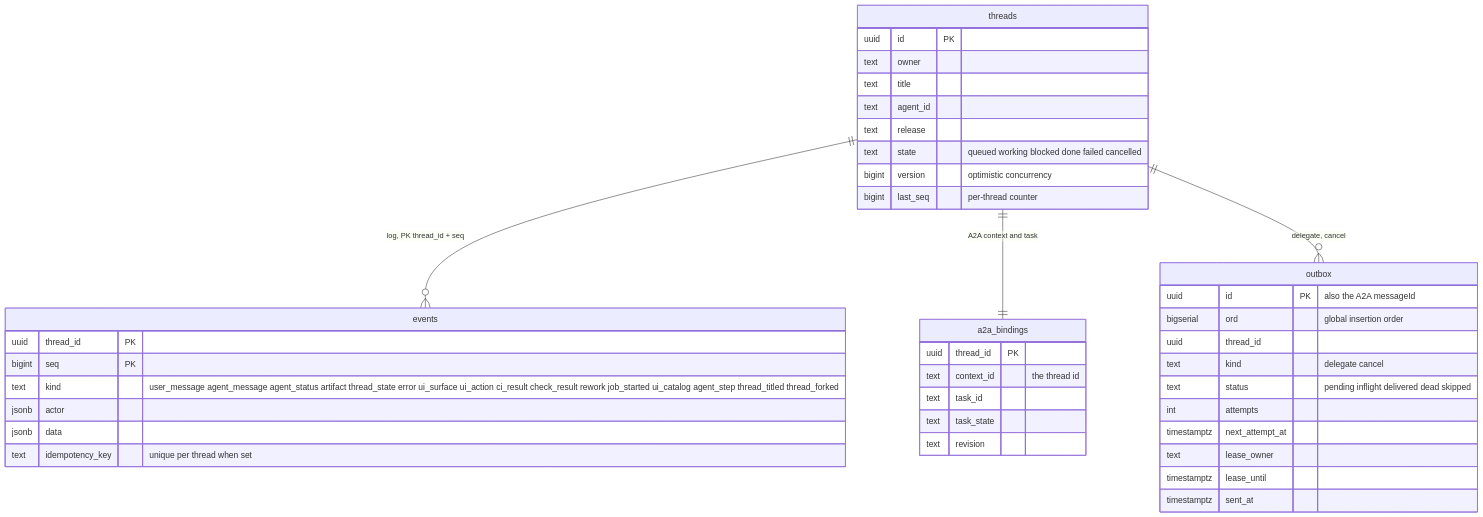
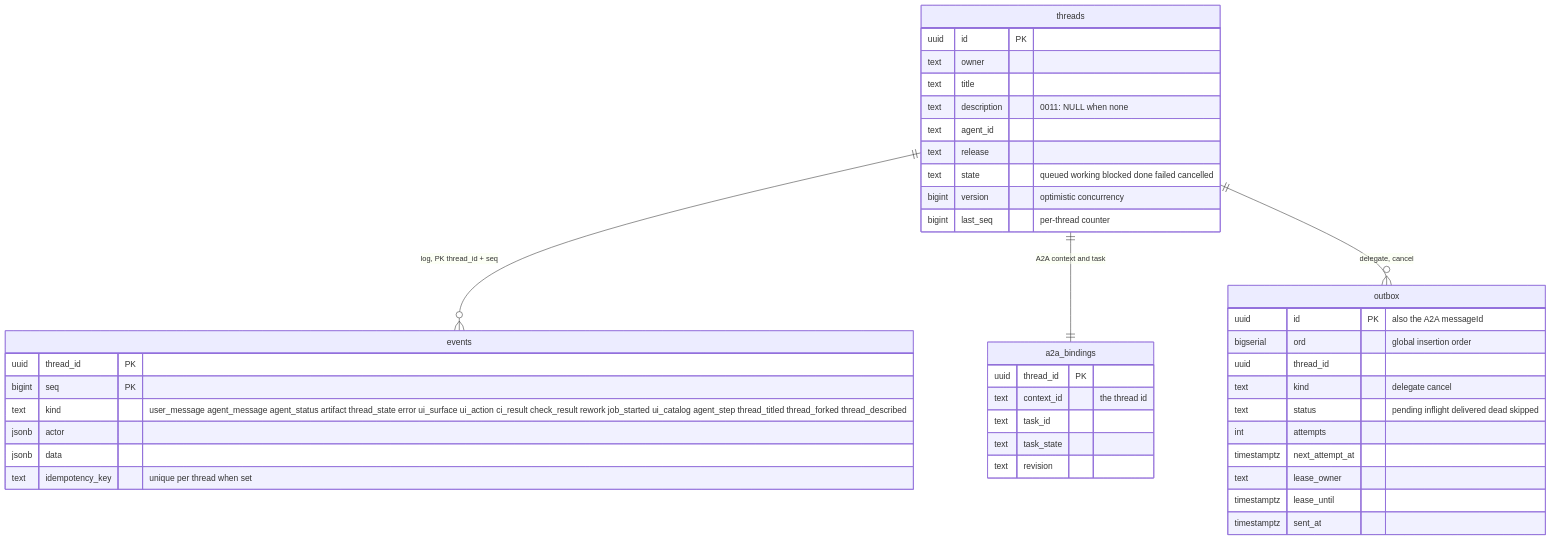
Before and after one commit to vymalo/another-agentic-system: diagram 25 of 30 in docs/orchestrator.md, drawn with Mermaid. The commit also changed other lines of this file and 107 other files, not shown here.

First line of the commit message:
feat: utility model tasks, the thread description and GET /api/config (ADR 0035) (#106)

````diff
--- a/docs/orchestrator.md
+++ b/docs/orchestrator.md
@@ -1485,43 +1560,44 @@
 ```mermaid
 erDiagram
   threads ||--o{ events : "log, PK thread_id + seq"
   threads ||--|| a2a_bindings : "A2A context and task"
   threads ||--o{ outbox : "delegate, cancel"
   threads {
     uuid id PK
     text owner
     text title
+    text description "0011: NULL when none"
     text agent_id
     text release
     text state "queued working blocked done failed cancelled"
     bigint version "optimistic concurrency"
     bigint last_seq "per-thread counter"
   }
   events {
     uuid thread_id PK
     bigint seq PK
-    text kind "user_message agent_message agent_status artifact thread_state error ui_surface ui_action ci_result check_result rework job_started ui_catalog agent_step thread_titled thread_forked"
+    text kind "user_message agent_message agent_status artifact thread_state error ui_surface ui_action ci_result check_result rework job_started ui_catalog agent_step thread_titled thread_forked thread_described"
     jsonb actor
     jsonb data
     text idempotency_key "unique per thread when set"
   }
   a2a_bindings {
     uuid thread_id PK
     text context_id "the thread id"
     text task_id
     text task_state
     text revision
   }
   outbox {
     uuid id PK "also the A2A messageId"
     bigserial ord "global insertion order"
     uuid thread_id
     text kind "delegate cancel"
     text status "pending inflight delivered dead skipped"
     int attempts
     timestamptz next_attempt_at
     text lease_owner
     timestamptz lease_until
     timestamptz sent_at
   }
 ```
````
